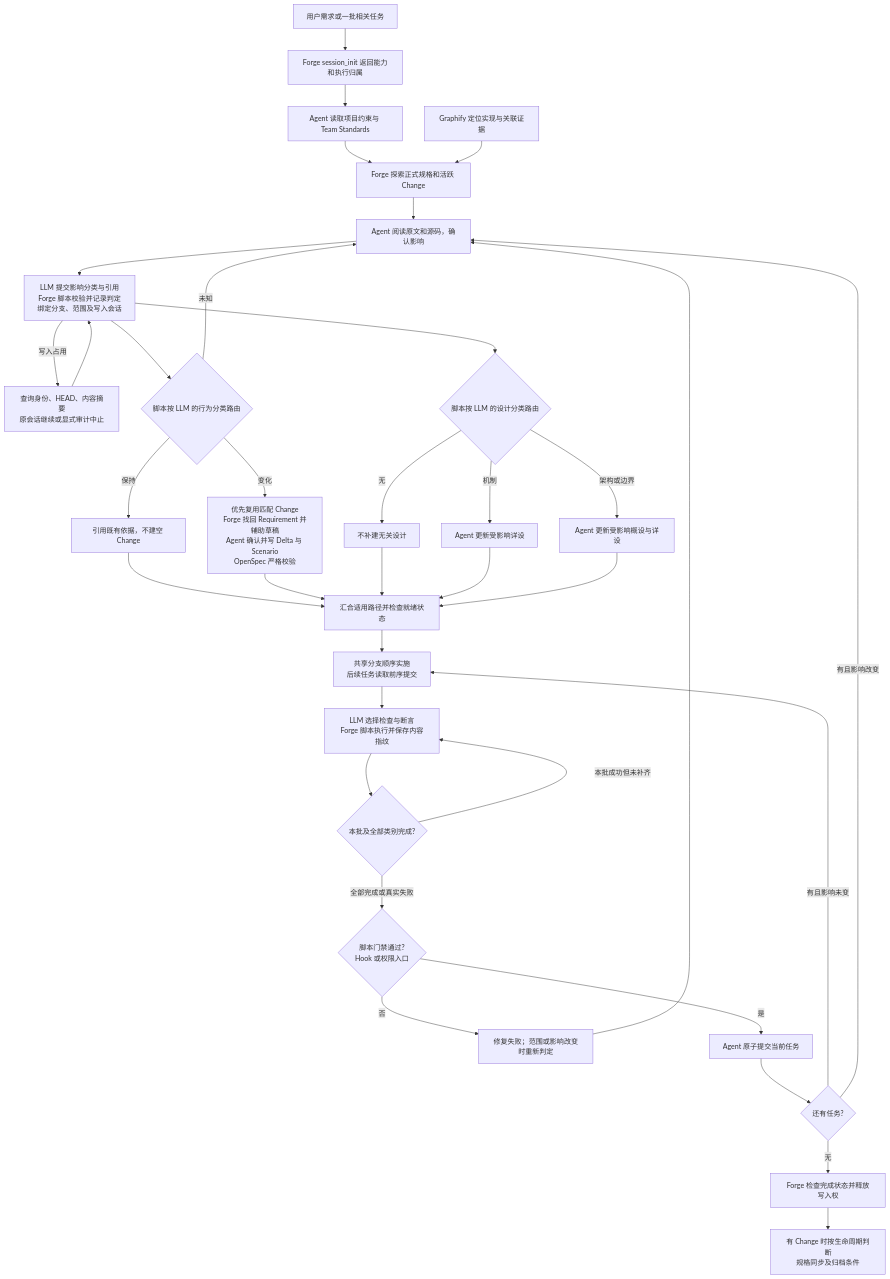
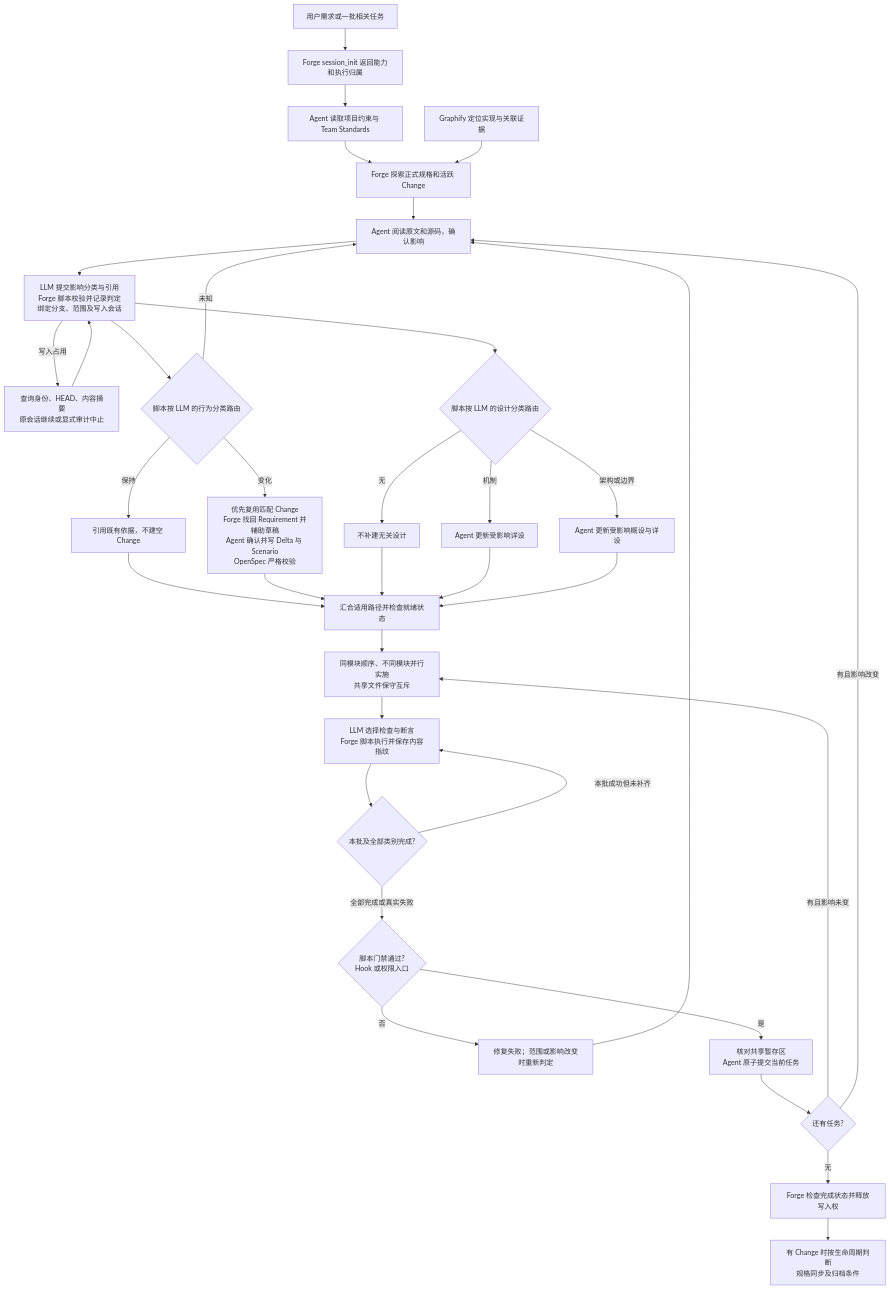
One commit to exception-coder/kai-toolbox changed the second of 6 diagrams in docs/ai-coding-architecture.md. Above: the diagram before and after it, drawn with Mermaid. The commit also changed other lines of this file and 12 other files, not shown here.

````diff
--- a/docs/ai-coding-architecture.md
+++ b/docs/ai-coding-architecture.md
@@ -111,37 +113,37 @@
 ```mermaid
 flowchart TD
     REQUEST["用户需求或一批相关任务"] --> SESSION["Forge session_init 返回能力和执行归属"]
     SESSION --> READ["Agent 读取项目约束与 Team Standards"]
     READ --> DISCOVER["Forge 探索正式规格和活跃 Change"]
     GRAPHIFY["Graphify 定位实现与关联证据"] --> DISCOVER
     DISCOVER --> REVIEW["Agent 阅读原文和源码，确认影响"]
     REVIEW --> ASSESS["LLM 提交影响分类与引用<br/>Forge 脚本校验并记录判定<br/>绑定分支、范围及写入会话"]
     ASSESS -->|"写入占用"| RECOVERY["查询身份、HEAD、内容摘要<br/>原会话继续或显式审计中止"]
     RECOVERY --> ASSESS
     ASSESS --> SPEC_ROUTE{"脚本按 LLM 的行为分类路由"}
     SPEC_ROUTE -->|"未知"| REVIEW
     SPEC_ROUTE -->|"保持"| NO_DELTA["引用既有依据，不建空 Change"]
     SPEC_ROUTE -->|"变化"| DELTA["优先复用匹配 Change<br/>Forge 找回 Requirement 并辅助草稿<br/>Agent 确认并写 Delta 与 Scenario<br/>OpenSpec 严格校验"]
     ASSESS --> DESIGN_ROUTE{"脚本按 LLM 的设计分类路由"}
     DESIGN_ROUTE -->|"无"| NO_DESIGN["不补建无关设计"]
     DESIGN_ROUTE -->|"机制"| DETAIL["Agent 更新受影响详设"]
     DESIGN_ROUTE -->|"架构或边界"| BOTH["Agent 更新受影响概设与详设"]
     NO_DELTA --> READY["汇合适用路径并检查就绪状态"]
     DELTA --> READY
     NO_DESIGN --> READY
     DETAIL --> READY
     BOTH --> READY
-    READY --> IMPLEMENT["共享分支顺序实施<br/>后续任务读取前序提交"]
+    READY --> IMPLEMENT["同模块顺序、不同模块并行实施<br/>共享文件保守互斥"]
     IMPLEMENT --> VERIFY["LLM 选择检查与断言<br/>Forge 脚本执行并保存内容指纹"]
     VERIFY --> PARTIAL{"本批及全部类别完成?"}
     PARTIAL -->|"本批成功但未补齐"| VERIFY
     PARTIAL -->|"全部完成或真实失败"| GATE{"脚本门禁通过?<br/>Hook 或权限入口"}
     GATE -->|"否"| REPAIR["修复失败；范围或影响改变时重新判定"]
     REPAIR --> REVIEW
-    GATE -->|"是"| COMMIT["Agent 原子提交当前任务"]
+    GATE -->|"是"| COMMIT["核对共享暂存区<br/>Agent 原子提交当前任务"]
     COMMIT --> MORE{"还有任务?"}
     MORE -->|"有且影响未变"| IMPLEMENT
     MORE -->|"有且影响改变"| REVIEW
     MORE -->|"无"| FINISH["Forge 检查完成状态并释放写入权"]
     FINISH --> ARCHIVE["有 Change 时按生命周期判断<br/>规格同步及归档条件"]
 ```
````
